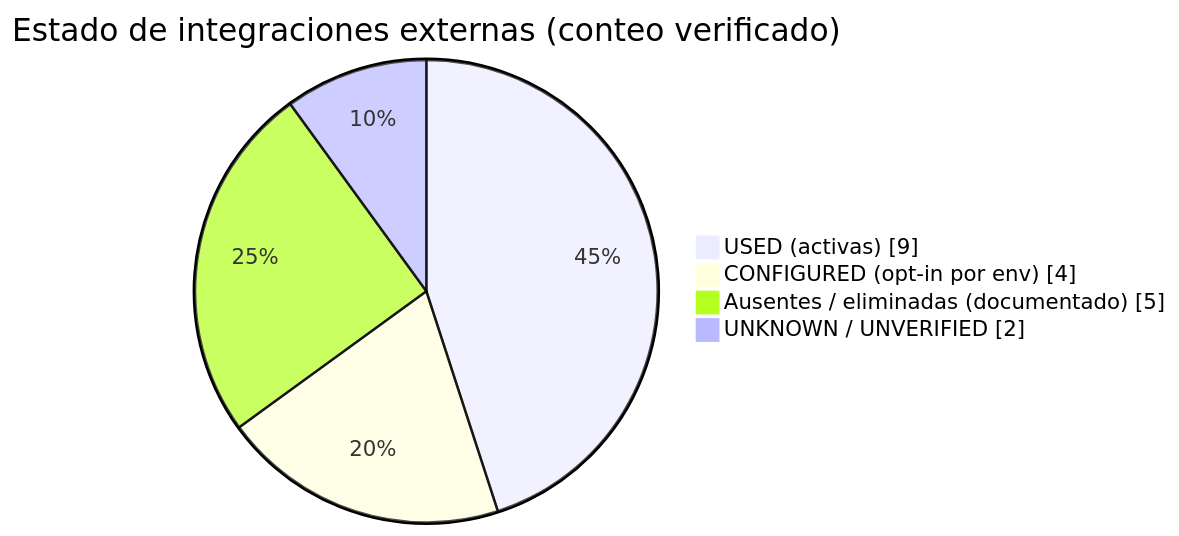
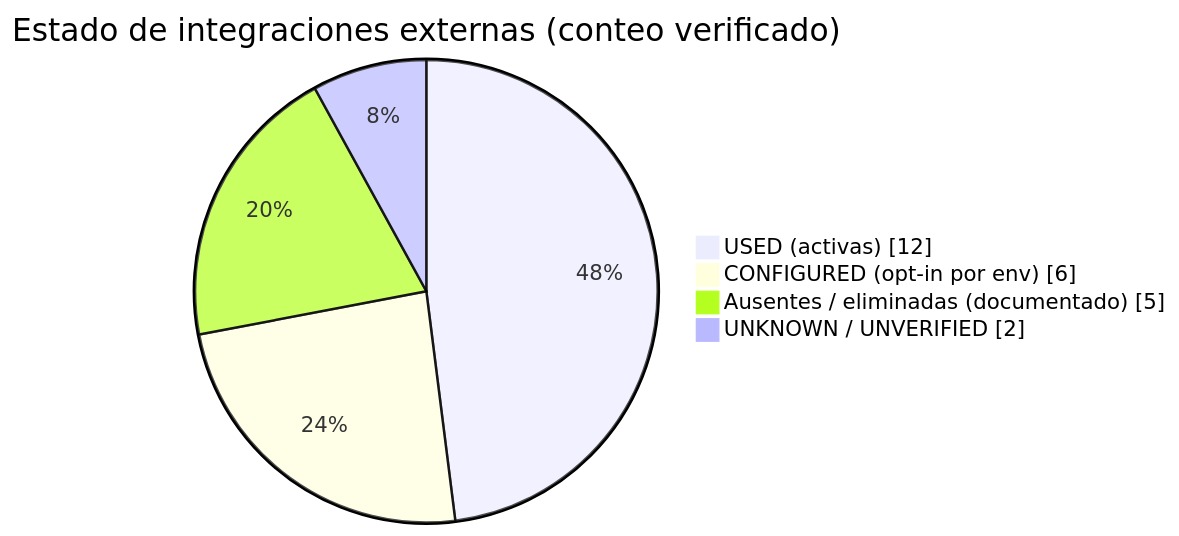
One commit to choy666/pancheria changed the diagram in .devin/informes/arquitectura/servicios-externos.md. Above: the diagram before and after it, drawn with Mermaid. The commit also changed other lines of this file and 33 other files, not shown here.

````diff
--- a/.devin/informes/arquitectura/servicios-externos.md
+++ b/.devin/informes/arquitectura/servicios-externos.md
@@ -7,8 +7,8 @@
 ```mermaid
 pie showData
     title Estado de integraciones externas (conteo verificado)
-    "USED (activas)" : 9
-    "CONFIGURED (opt-in por env)" : 4
+    "USED (activas)" : 12
+    "CONFIGURED (opt-in por env)" : 6
     "Ausentes / eliminadas (documentado)" : 5
     "UNKNOWN / UNVERIFIED" : 2
 ```
````
